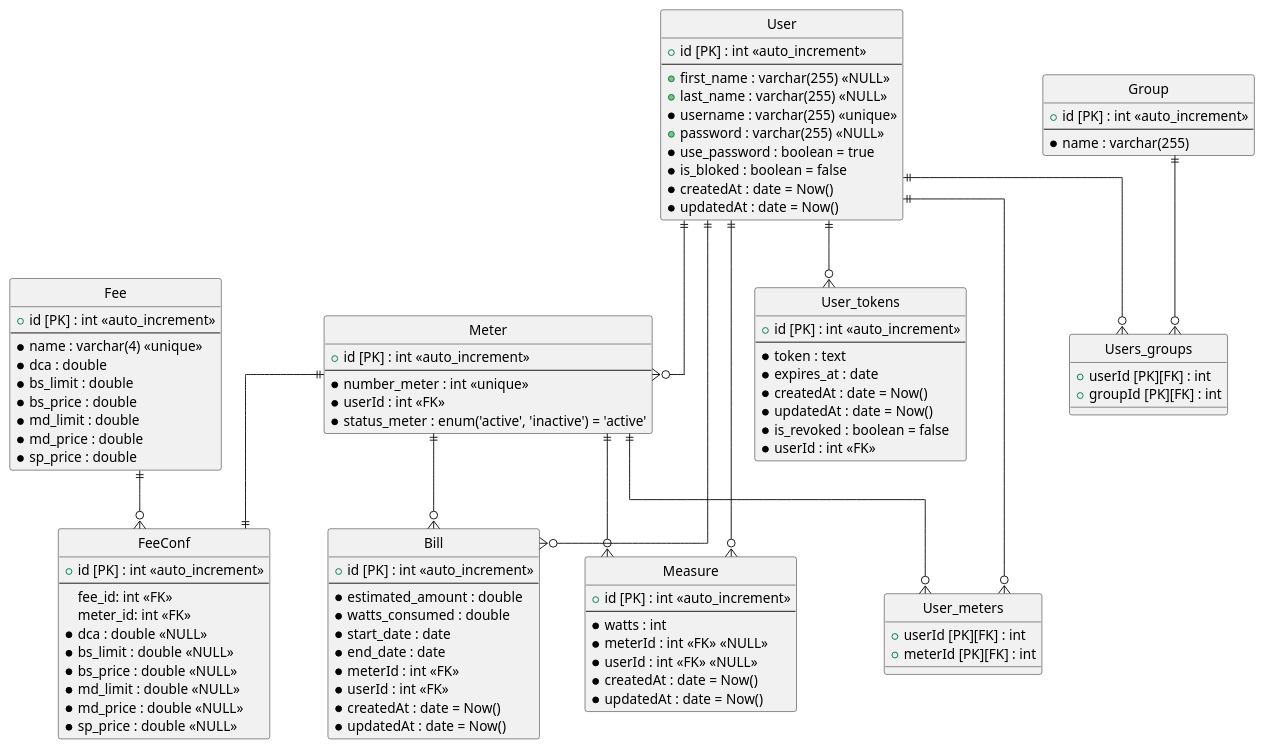
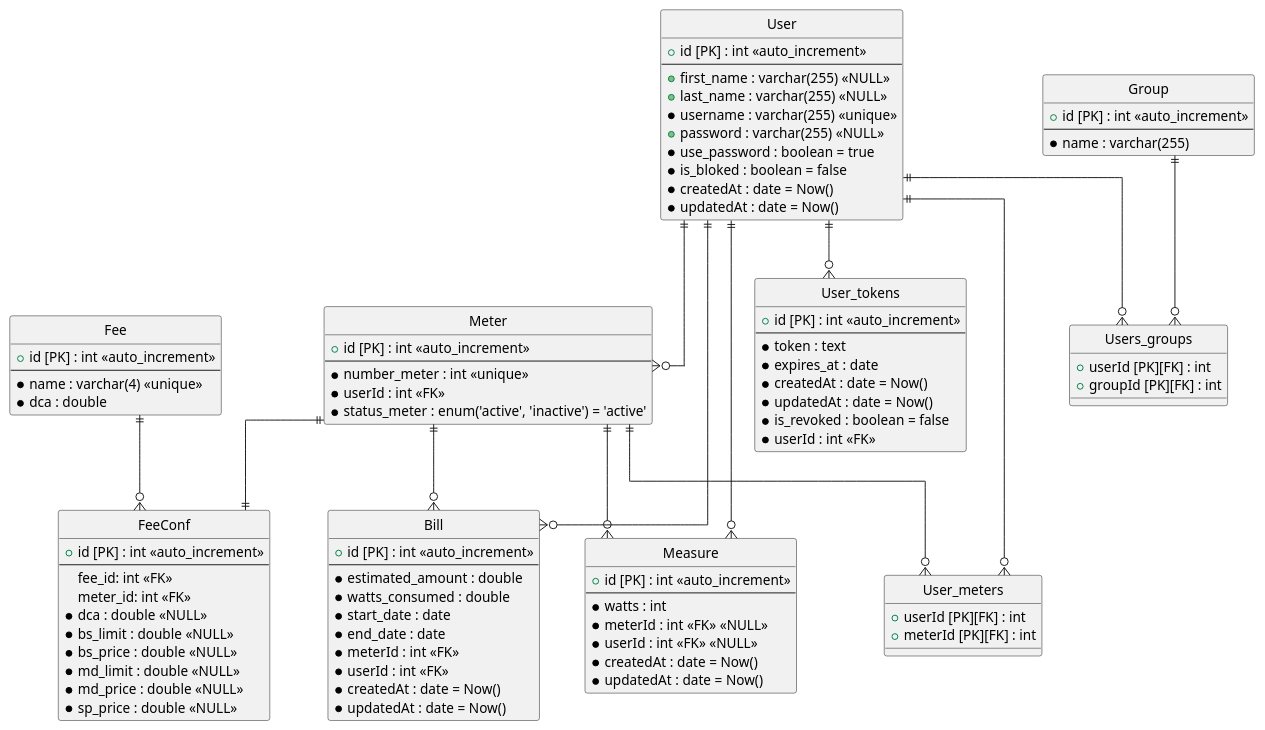
One commit to CascoArcilla/watts-control changed the diagram in data_base.plantuml. Above: the diagram before and after it, drawn with PlantUML.

Commit message:
refactor: agregador cambios a plant-uml

```diff
--- a/data_base.plantuml
+++ b/data_base.plantuml
@@ -1,122 +1,117 @@
 @startuml data_base_er_diagram
 
 ' Configuración visual
 skinparam linetype ortho
 hide circle
 
 entity "User" as user {
   + id [PK] : int <<auto_increment>>
   --
   + first_name : varchar(255) <<NULL>>
   + last_name : varchar(255) <<NULL>>
   * username : varchar(255) <<unique>>
   + password : varchar(255) <<NULL>>
   * use_password : boolean = true
   * is_bloked : boolean = false
   * createdAt : date = Now()
   * updatedAt : date = Now()
 }
 
 entity "Fee" as fee
 {
   + id [PK] : int <<auto_increment>>
   --
   * name : varchar(4) <<unique>>
   * dca : double
-  * bs_limit : double
-  * bs_price : double
-  * md_limit : double
-  * md_price : double
-  * sp_price : double
 }
 
 entity "FeeConf" as feeconf {
   + id [PK] : int <<auto_increment>>
   --
   fee_id: int <<FK>>
   meter_id: int <<FK>>
   * dca : double <<NULL>>
   * bs_limit : double <<NULL>>
   * bs_price : double <<NULL>>
   * md_limit : double <<NULL>>
   * md_price : double <<NULL>>
   * sp_price : double <<NULL>>
 }
 
 entity "Meter" as meter {
   + id [PK] : int <<auto_increment>>
   --
   * number_meter : int <<unique>>
   * userId : int <<FK>>
   * status_meter : enum('active', 'inactive') = 'active'
 }
 
 entity "Bill" as bill {
   + id [PK] : int <<auto_increment>>
   --
   * estimated_amount : double
   * watts_consumed : double
   * start_date : date
   * end_date : date
   * meterId : int <<FK>>
   * userId : int <<FK>>
   * createdAt : date = Now()
   * updatedAt : date = Now()
 }
 
 entity "Measure" as measure {
   + id [PK] : int <<auto_increment>>
   --
   * watts : int
   * meterId : int <<FK>> <<NULL>>
   * userId : int <<FK>> <<NULL>>
   * createdAt : date = Now()
   * updatedAt : date = Now()
 }
 
 entity "Group" as group {
   + id [PK] : int <<auto_increment>>
   --
   * name : varchar(255)
 }
 
 entity "User_tokens" as token {
   + id [PK] : int <<auto_increment>>
   --
   * token : text
   * expires_at : date
   * createdAt : date = Now()
   * updatedAt : date = Now()
   * is_revoked : boolean = false
   * userId : int <<FK>>
 }
 
 ' Tablas Intermedias (Many-to-Many)
 entity "Users_groups" as user_group {
   + userId [PK][FK] : int
   + groupId [PK][FK] : int
 }
 
 entity "User_meters" as user_meter {
   + userId [PK][FK] : int
   + meterId [PK][FK] : int
 }
 
 ' Relaciones basadas en los ALTER TABLE
 user ||--o{ token
 user ||--o{ bill
 user ||--o{ meter
 user ||--o{ measure
 user ||--o{ user_group
 user ||--o{ user_meter
 
 group ||--o{ user_group
 
 meter ||--o{ bill
 meter ||--o{ measure
 meter ||--o{ user_meter
 meter ||--|| feeconf
 
 fee ||--o{ feeconf
 
 @enduml
```
